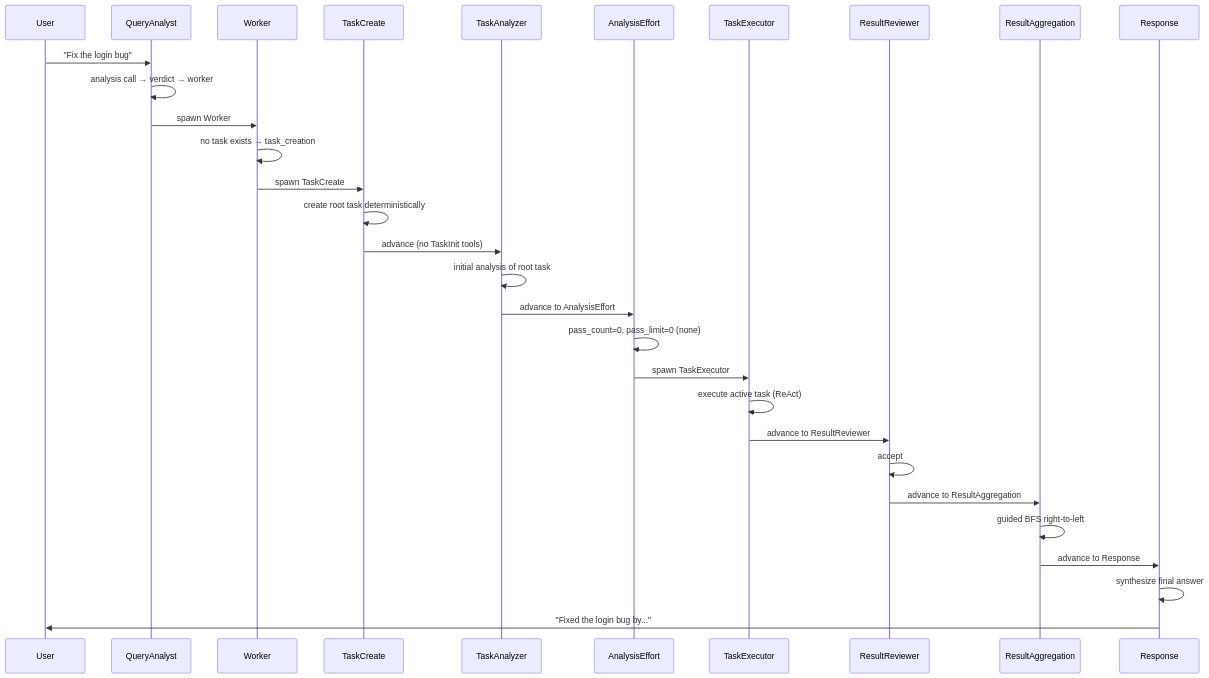
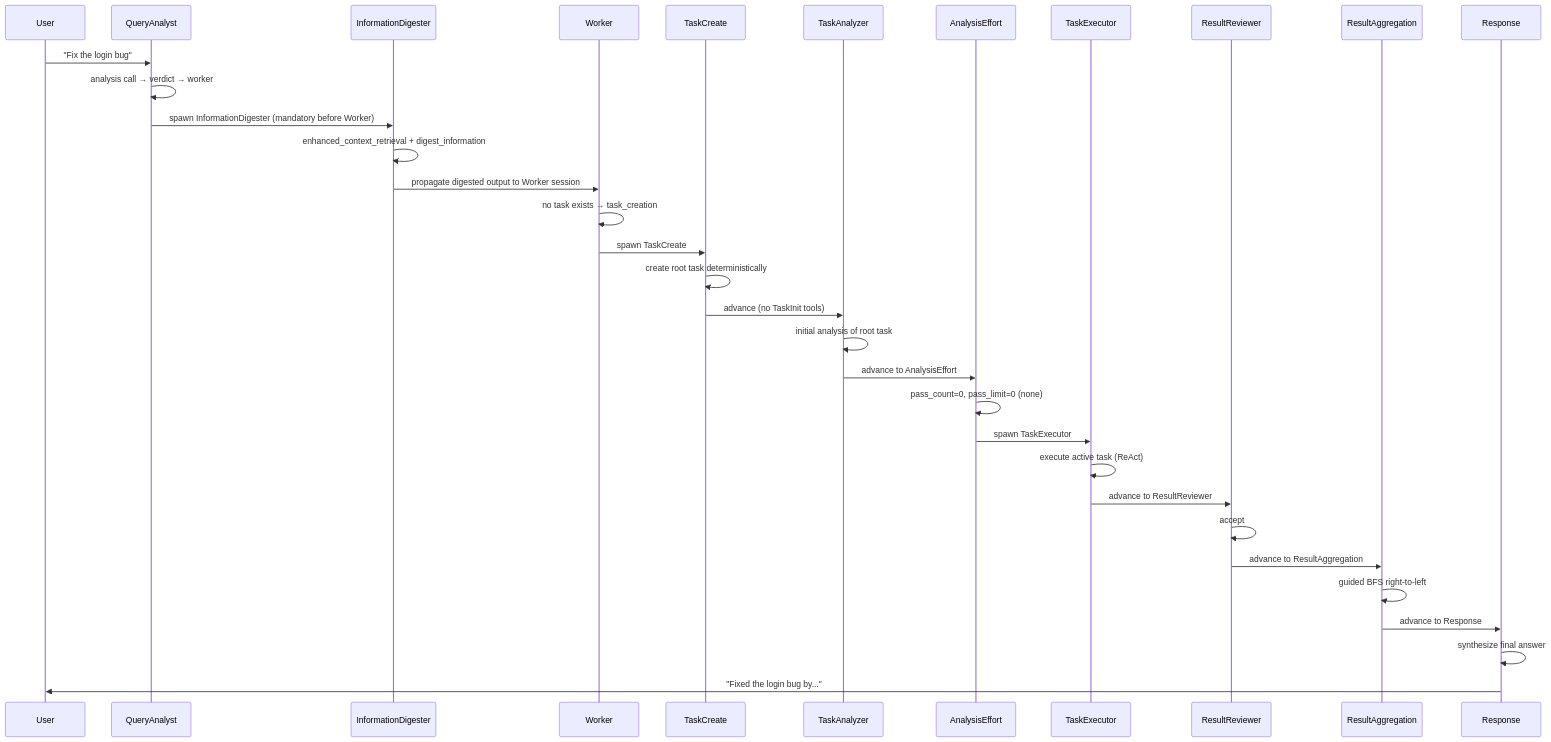
The first of 17 diagrams in src/tinycua/docs/design/loops/expected_scenarios.md (VJyzCELERY/TINYCUA), drawn with Mermaid before and after one commit. The commit also changed other lines of this file and 6 other files, not shown here.

First line of the commit message:
fix(design): spawn InformationDigester before WorkerNode for better routing context

````diff
--- a/src/tinycua/docs/design/loops/expected_scenarios.md
+++ b/src/tinycua/docs/design/loops/expected_scenarios.md
@@ -20,33 +20,36 @@
 ```mermaid
 sequenceDiagram
     participant User
     participant QA as QueryAnalyst
+    participant ID as InformationDigester
     participant W as Worker
     participant TC as TaskCreate
     participant TA as TaskAnalyzer
     participant AE as AnalysisEffort
     participant TE as TaskExecutor
     participant RR as ResultReviewer
     participant RAgg as ResultAggregation
     participant R as Response
 
     User->>QA: "Fix the login bug"
     QA->>QA: analysis call → verdict → worker
-    QA->>W: spawn Worker
+    QA->>ID: spawn InformationDigester (mandatory before Worker)
+    ID->>ID: enhanced_context_retrieval + digest_information
+    ID->>W: propagate digested output to Worker session
     W->>W: no task exists → task_creation
     W->>TC: spawn TaskCreate
     TC->>TC: create root task deterministically
     TC->>TA: advance (no TaskInit tools)
     TA->>TA: initial analysis of root task
     TA->>AE: advance to AnalysisEffort
     AE->>AE: pass_count=0, pass_limit=0 (none)
     AE->>TE: spawn TaskExecutor
     TE->>TE: execute active task (ReAct)
     TE->>RR: advance to ResultReviewer
     RR->>RR: accept
     RR->>RAgg: advance to ResultAggregation
     RAgg->>RAgg: guided BFS right-to-left
     RAgg->>R: advance to Response
     R->>R: synthesize final answer
     R->>User: "Fixed the login bug by..."
 ```
````
